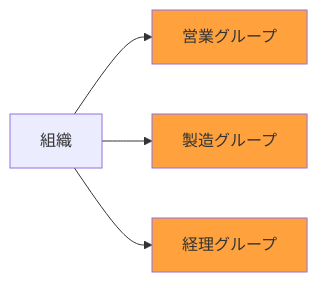
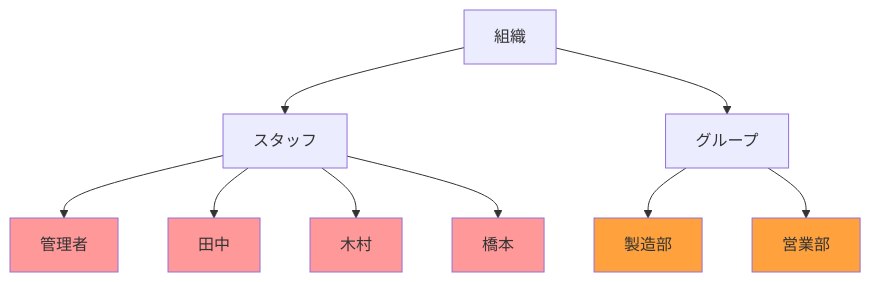
Before and after one commit to sndbox-llc/hugo_nipo_plus: the first of 2 diagrams in content/ja/docs/manual/initial-setting/_about/index.md, drawn with Mermaid. The commit also changed other lines of this file and 14 other files, not shown here.

```diff
--- a/content/ja/docs/manual/initial-setting/_about/index.md
+++ b/content/ja/docs/manual/initial-setting/_about/index.md
@@ -26,9 +19,15 @@
 {{<mermaid align="center">}}
-graph LR;
+graph TD;
   classDef class2 fill:#ffa23e
-  classDef class1 fill:#66cdaa
-  classDef class3 fill:#f9d930
-  組織 --> 営業グループ:::class2
-  組織 --> 製造グループ:::class2
-  組織 --> 経理グループ:::class2
+  classDef class1 fill:#ff9999
+
+    組織-->スタッフ;
+    組織-->グループ;
+    グループ-->製造部:::class2
+    グループ-->営業部:::class2
+    スタッフ-->管理者:::class1
+    スタッフ-->田中:::class1
+    スタッフ-->木村:::class1
+    スタッフ-->橋本:::class1
+
 {{< /mermaid >}}
```
